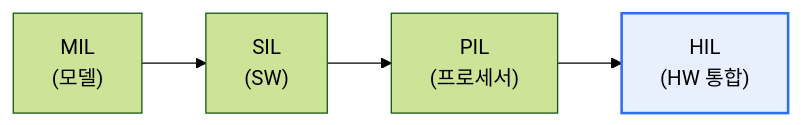
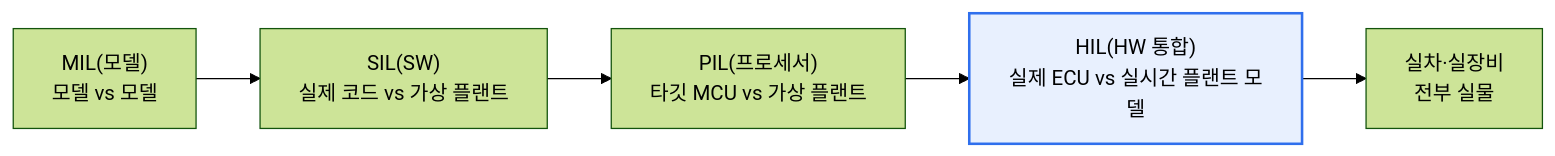
One commit to coninggu/wjdqhrhksflrltnftk changed the second of 2 diagrams in content/embedded-software-test.md. Above: the diagram before and after it, drawn with Mermaid (forest theme). The commit also changed other lines of this file and 3 other files, not shown here.

````diff
--- a/content/embedded-software-test.md
+++ b/content/embedded-software-test.md
@@ -15,5 +46,8 @@
 ```mermaid
 flowchart LR
-  MIL["MIL<br/>(모델)"] --> SIL["SIL<br/>(SW)"] --> PIL["PIL<br/>(프로세서)"] --> HIL["HIL<br/>(HW 통합)"]
+  MIL["MIL(모델)<br/>모델 vs 모델"] --> SIL["SIL(SW)<br/>실제 코드 vs 가상 플랜트"]
+  SIL --> PIL["PIL(프로세서)<br/>타깃 MCU vs 가상 플랜트"]
+  PIL --> HIL["HIL(HW 통합)<br/>실제 ECU vs 실시간 플랜트 모델"]
+  HIL --> VEH["실차·실장비<br/>전부 실물"]
   style HIL fill:#e8f0fe,stroke:#2f6fed,stroke-width:2px
 ```
````
